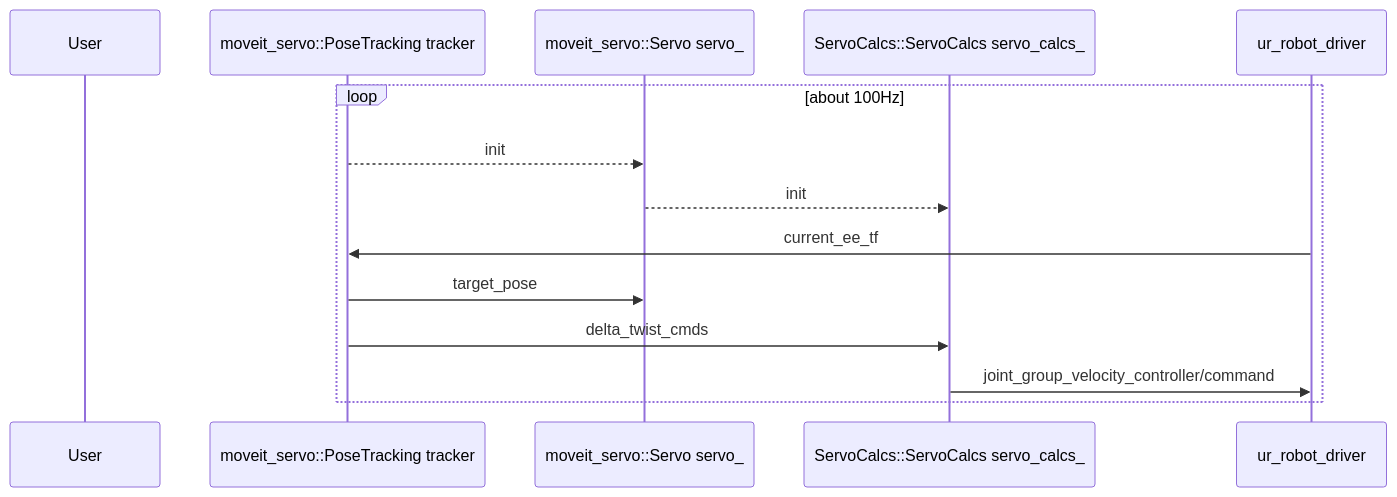
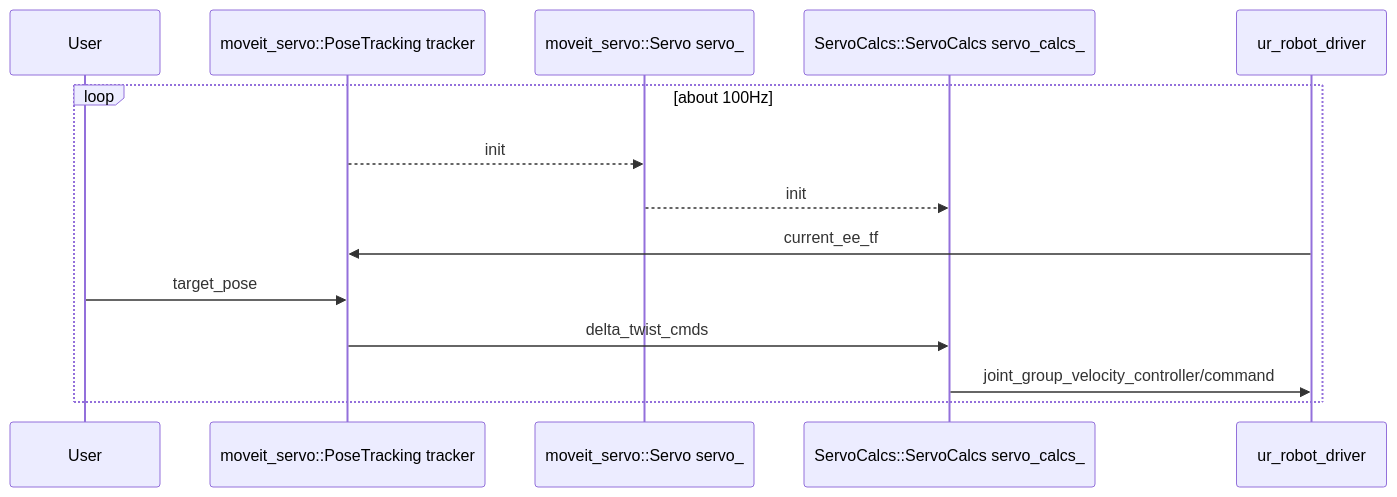
One commit to kemjensak/isaac_sim_tutorial changed the first of 2 diagrams in docs/day3-4.md. Above: the diagram before and after it, drawn with Mermaid. The commit also changed other lines of this file, not shown here.

````diff
--- a/docs/day3-4.md
+++ b/docs/day3-4.md
@@ -121,17 +121,17 @@
 ```mermaid 
 sequenceDiagram 
-	 participant act as User
+	 participant user as User
 	 participant A as moveit_servo::PoseTracking tracker
 	 participant B as moveit_servo::Servo servo_ 
 	 participant C as ServoCalcs::ServoCalcs servo_calcs_  
 	 participant D as ur_robot_driver 
 	 loop about 100Hz
 	 A-->>B:init
 	 B-->>C:init
 	 D->>A: current_ee_tf
-	 A->>B: target_pose
+	 user->>A: target_pose
 	 A->>C: delta_twist_cmds
 	 C->>D: joint_group_velocity_controller/command
 	 
 	 end
 ```
````
